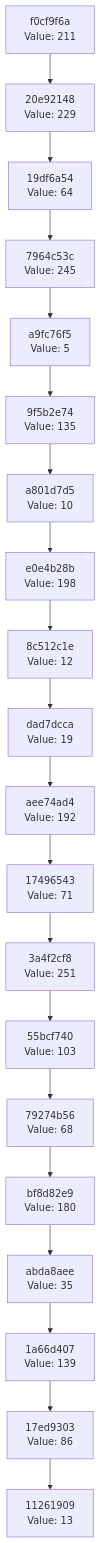
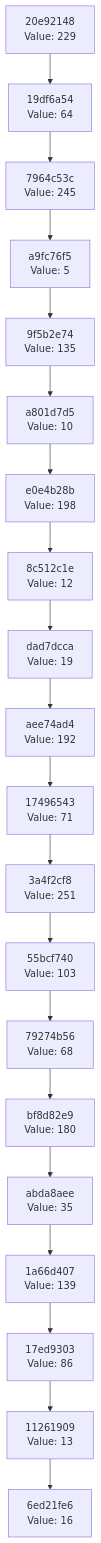
Before and after one commit to Abhisheksinha1506/hash-chain-evolver: the diagram in docs/CHAIN_VISUALIZATION.md, drawn with Mermaid. The commit also changed 3 other files, not shown here.

````diff
--- a/docs/CHAIN_VISUALIZATION.md
+++ b/docs/CHAIN_VISUALIZATION.md
@@ -3,42 +3,42 @@
 ```mermaid
 graph TD
-    C0["11261909<br/>Value: 13"]
-    C1["17ed9303<br/>Value: 86"]
+    C0["6ed21fe6<br/>Value: 16"]
+    C1["11261909<br/>Value: 13"]
     C1 --> C0
-    C2["1a66d407<br/>Value: 139"]
+    C2["17ed9303<br/>Value: 86"]
     C2 --> C1
-    C3["abda8aee<br/>Value: 35"]
+    C3["1a66d407<br/>Value: 139"]
     C3 --> C2
-    C4["bf8d82e9<br/>Value: 180"]
+    C4["abda8aee<br/>Value: 35"]
     C4 --> C3
-    C5["79274b56<br/>Value: 68"]
+    C5["bf8d82e9<br/>Value: 180"]
     C5 --> C4
-    C6["55bcf740<br/>Value: 103"]
+    C6["79274b56<br/>Value: 68"]
     C6 --> C5
-    C7["3a4f2cf8<br/>Value: 251"]
+    C7["55bcf740<br/>Value: 103"]
     C7 --> C6
-    C8["17496543<br/>Value: 71"]
+    C8["3a4f2cf8<br/>Value: 251"]
     C8 --> C7
-    C9["aee74ad4<br/>Value: 192"]
+    C9["17496543<br/>Value: 71"]
     C9 --> C8
-    C10["dad7dcca<br/>Value: 19"]
+    C10["aee74ad4<br/>Value: 192"]
     C10 --> C9
-    C11["8c512c1e<br/>Value: 12"]
+    C11["dad7dcca<br/>Value: 19"]
     C11 --> C10
-    C12["e0e4b28b<br/>Value: 198"]
+    C12["8c512c1e<br/>Value: 12"]
     C12 --> C11
-    C13["a801d7d5<br/>Value: 10"]
+    C13["e0e4b28b<br/>Value: 198"]
     C13 --> C12
-    C14["9f5b2e74<br/>Value: 135"]
+    C14["a801d7d5<br/>Value: 10"]
     C14 --> C13
-    C15["a9fc76f5<br/>Value: 5"]
+    C15["9f5b2e74<br/>Value: 135"]
     C15 --> C14
-    C16["7964c53c<br/>Value: 245"]
+    C16["a9fc76f5<br/>Value: 5"]
     C16 --> C15
-    C17["19df6a54<br/>Value: 64"]
+    C17["7964c53c<br/>Value: 245"]
     C17 --> C16
-    C18["20e92148<br/>Value: 229"]
+    C18["19df6a54<br/>Value: 64"]
     C18 --> C17
-    C19["f0cf9f6a<br/>Value: 211"]
+    C19["20e92148<br/>Value: 229"]
     C19 --> C18
 ```
````
